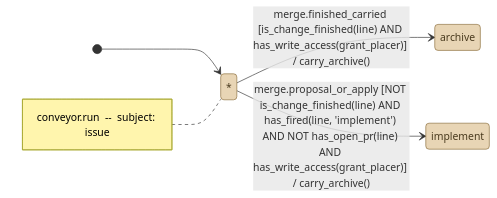
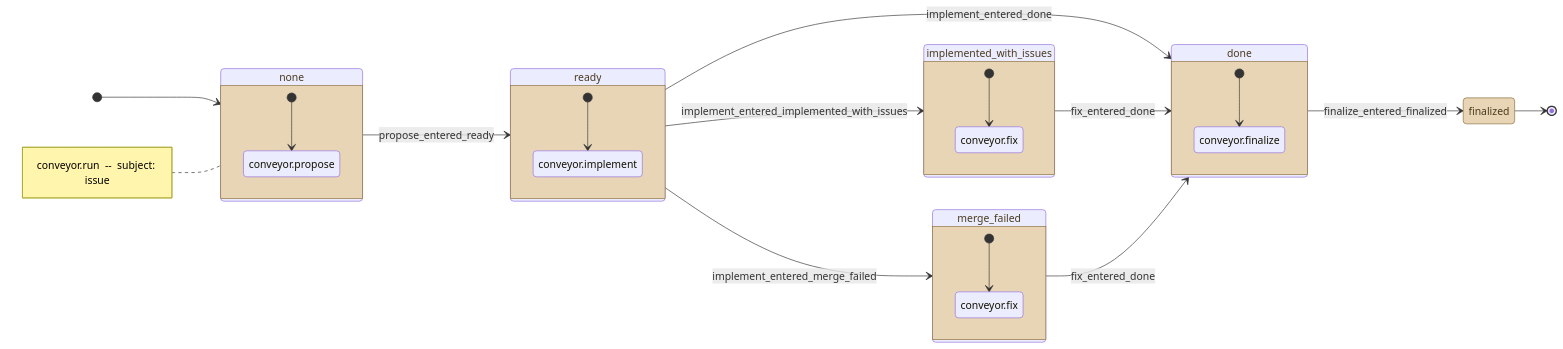
One commit to kostiantyn-matsebora/agent-ops-operator changed the diagram in .github/conveyor-model/mermaid/conveyor_run.mmd. Above: the diagram before and after it, drawn with Mermaid. The commit also changed 17 other files, not shown here.

```diff
--- a/.github/conveyor-model/mermaid/conveyor_run.mmd
+++ b/.github/conveyor-model/mermaid/conveyor_run.mmd
@@ -1,18 +1,43 @@
 stateDiagram-v2
     direction LR
-    [*] --> any_state
-    note left of any_state
+    [*] --> none
+    note left of none
         conveyor.run  --  subject: issue
     end note
     classDef stationState fill:#e8d5b5,stroke:#8a6d3b,color:#4a3b1f
     classDef loopState fill:#c9e4de,stroke:#2f6b5e,color:#1a3b33
-    state "*" as any_state
     state none
-    state implement
-    state fix
-    state merge
-    state archive
-    state stalled
-    any_state --> archive : merge.finished_carried [is_change_finished(line) AND has_write_access(grant_placer)] / carry_archive()
-    any_state --> implement : merge.proposal_or_apply [NOT is_change_finished(line) AND has_fired(line, 'implement') AND NOT has_open_pr(line) AND has_write_access(grant_placer)] / carry_archive()
-    class none, implement, fix, merge, archive, stalled, any_state stationState
+    state ready
+    state implemented_with_issues
+    state merge_failed
+    state done
+    state finalized
+    none --> ready : propose_entered_ready
+    ready --> done : implement_entered_done
+    ready --> implemented_with_issues : implement_entered_implemented_with_issues
+    ready --> merge_failed : implement_entered_merge_failed
+    implemented_with_issues --> done : fix_entered_done
+    merge_failed --> done : fix_entered_done
+    done --> finalized : finalize_entered_finalized
+    finalized --> [*]
+    class none, ready, implemented_with_issues, merge_failed, done, finalized stationState
+    state none {
+        [*] --> none__conveyor_propose
+        state "conveyor.propose" as none__conveyor_propose
+    }
+    state ready {
+        [*] --> ready__conveyor_implement
+        state "conveyor.implement" as ready__conveyor_implement
+    }
+    state implemented_with_issues {
+        [*] --> implemented_with_issues__conveyor_fix
+        state "conveyor.fix" as implemented_with_issues__conveyor_fix
+    }
+    state merge_failed {
+        [*] --> merge_failed__conveyor_fix
+        state "conveyor.fix" as merge_failed__conveyor_fix
+    }
+    state done {
+        [*] --> done__conveyor_finalize
+        state "conveyor.finalize" as done__conveyor_finalize
+    }
```
